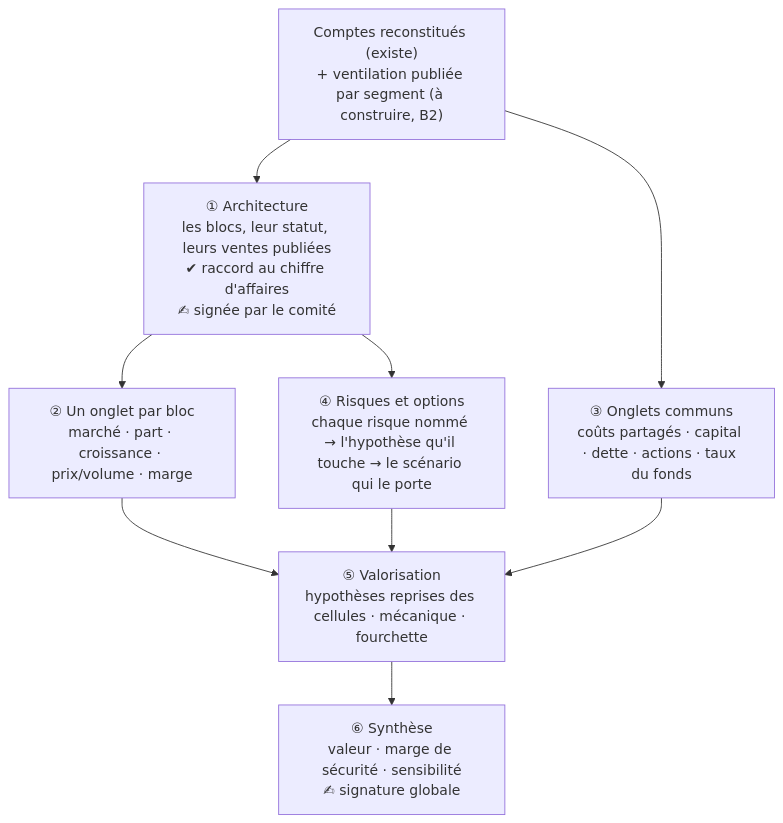
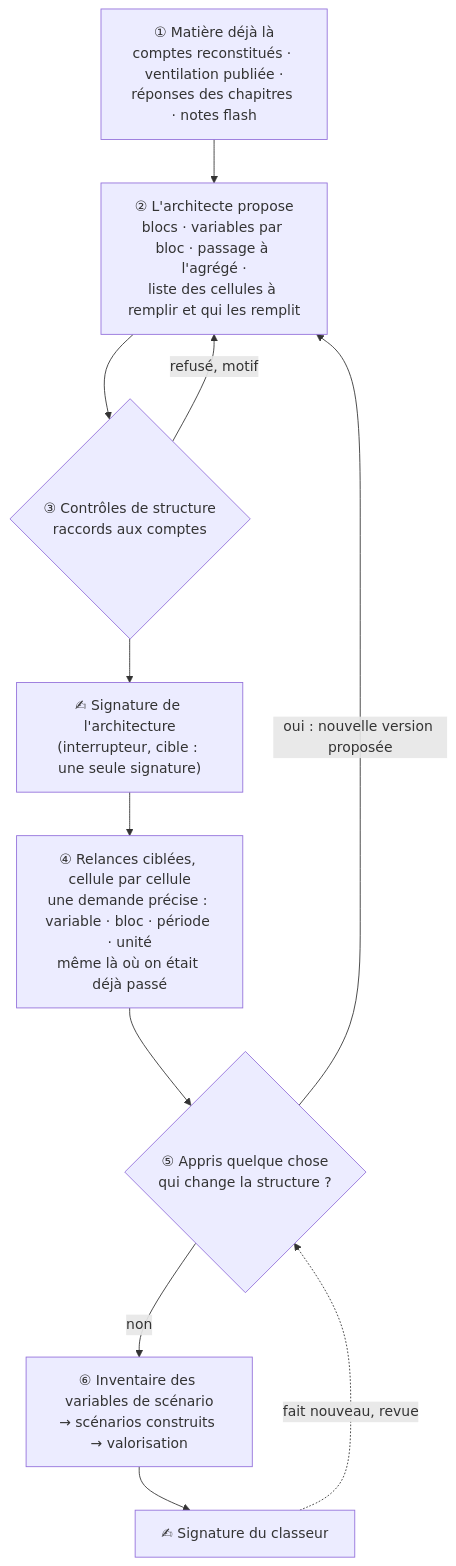
One commit to jeanlangloismeurinne/ai-vps-projects changed the second of 3 diagrams in projects/portfolio-tracker/roadmap/V3/09-modele-entreprise.md. Above: the diagram before and after it, drawn with Mermaid. The commit also changed other lines of this file and 1 other file, not shown here.

````diff
--- a/projects/portfolio-tracker/roadmap/V3/09-modele-entreprise.md
+++ b/projects/portfolio-tracker/roadmap/V3/09-modele-entreprise.md
@@ -67,13 +89,16 @@
 ```mermaid
 flowchart TB
-  S["Comptes reconstitués (existe)<br/>+ ventilation publiée par segment (à construire, B2)"]
-  E1["① Architecture<br/>les blocs, leur statut, leurs ventes publiées<br/>✔ raccord au chiffre d'affaires<br/>✍ signée par le comité"]
-  E2["② Un onglet par bloc<br/>marché · part · croissance · prix/volume · marge"]
-  E3["③ Onglets communs<br/>coûts partagés · capital · dette · actions · taux du fonds"]
-  E4["④ Risques et options<br/>chaque risque nommé → l'hypothèse qu'il touche → le scénario qui le porte"]
-  E5["⑤ Valorisation<br/>hypothèses reprises des cellules · mécanique · fourchette"]
-  E6["⑥ Synthèse<br/>valeur · marge de sécurité · sensibilité<br/>✍ signature globale"]
-  S --> E1 --> E2 --> E5
-  S --> E3 --> E5
-  E1 --> E4 --> E5 --> E6
+  M["① Matière déjà là<br/>comptes reconstitués · ventilation publiée ·<br/>réponses des chapitres · notes flash"]
+  A["② L'architecte propose<br/>blocs · variables par bloc · passage à l'agrégé ·<br/>liste des cellules à remplir et qui les remplit"]
+  C1{"③ Contrôles de structure<br/>raccords aux comptes"}
+  S1["✍ Signature de l'architecture<br/>(interrupteur, cible : une seule signature)"]
+  R["④ Relances ciblées, cellule par cellule<br/>une demande précise : variable · bloc · période · unité<br/>même là où on était déjà passé"]
+  N{"⑤ Appris quelque chose<br/>qui change la structure ?"}
+  V["⑥ Inventaire des variables de scénario<br/>→ scénarios construits → valorisation"]
+  S2["✍ Signature du classeur"]
+  M --> A --> C1 --> S1 --> R --> N
+  C1 -- "refusé, motif" --> A
+  N -- "oui : nouvelle version proposée" --> A
+  N -- non --> V --> S2
+  S2 -. "fait nouveau, revue" .-> N
 ```
````
